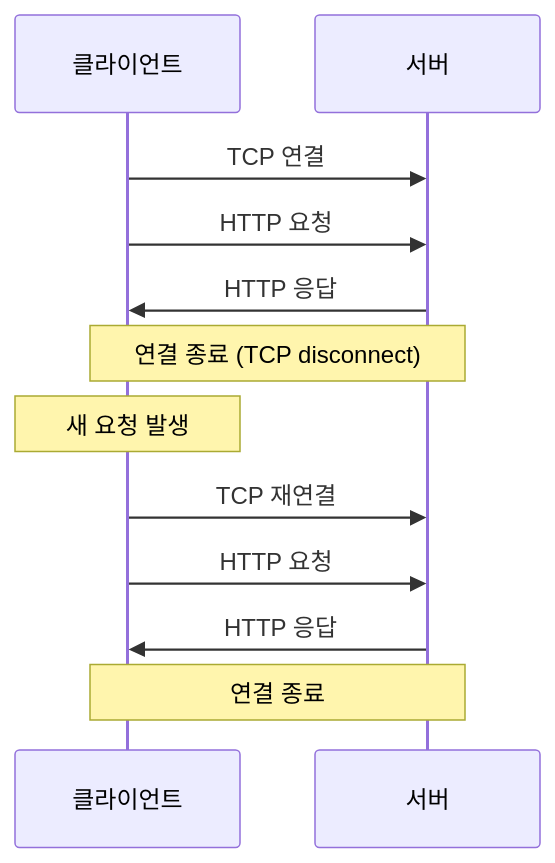
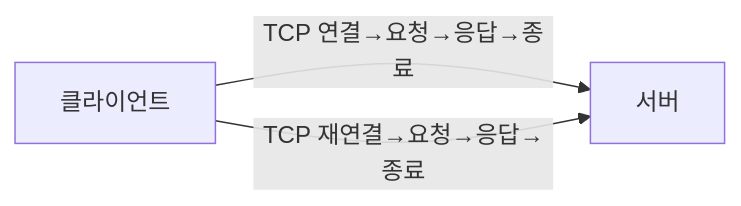
The fourth of 5 diagrams in _posts/http/2021-01-05-http-2.md (yjkim2015/yjkim2015.github.io), drawn with Mermaid before and after one commit. The commit also changed other lines of this file and 50 other files, not shown here.

First line of the commit message:
stateDiagram 11개 graph LR 변환 + 테이블 빈 셀 17개 수정

````diff
--- a/_posts/http/2021-01-05-http-2.md
+++ b/_posts/http/2021-01-05-http-2.md
@@ -152,14 +146,5 @@
 ```mermaid
-sequenceDiagram
-    participant C as 클라이언트
-    participant S as 서버
-    C->>S: TCP 연결
-    C->>S: HTTP 요청
-    S->>C: HTTP 응답
-    Note over C,S: 연결 종료 (TCP disconnect)
-    Note over C: 새 요청 발생
-    C->>S: TCP 재연결
-    C->>S: HTTP 요청
-    S->>C: HTTP 응답
-    Note over C,S: 연결 종료
+graph LR
+    C["클라이언트"] -->|"TCP 연결→요청→응답→종료"| S["서버"]
+    C -->|"TCP 재연결→요청→응답→종료"| S
 ```
````
